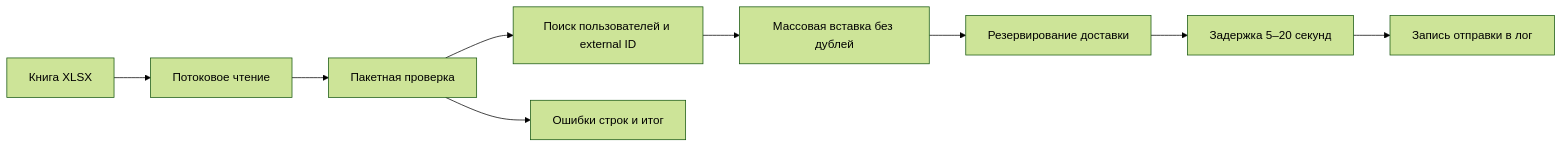
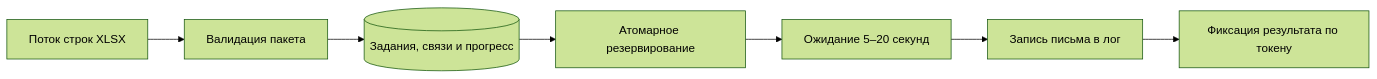
The diagram in README.ru.md (IgorNadein/django-xlsx-mail-import), drawn with Mermaid (forest theme) before and after one commit. The commit also changed other lines of this file and 24 other files, not shown here.

````diff
--- a/README.ru.md
+++ b/README.ru.md
@@ -48,11 +105,9 @@
 ```mermaid
 flowchart LR
-    XLSX[Книга XLSX] --> STREAM[Потоковое чтение]
-    STREAM --> VALIDATE[Пакетная проверка]
-    VALIDATE --> LOOKUPS[Поиск пользователей и external ID]
-    LOOKUPS --> INSERT[Массовая вставка без дублей]
-    INSERT --> CLAIM[Резервирование доставки]
-    CLAIM --> DELAY[Задержка 5–20 секунд]
-    DELAY --> LOG[Запись отправки в лог]
-    VALIDATE --> REPORT[Ошибки строк и итог]
+    XLSX[Поток строк XLSX] --> BATCH[Валидация пакета]
+    BATCH --> DB[(Задания, связи и прогресс)]
+    DB --> CLAIM[Атомарное резервирование]
+    CLAIM --> DELAY[Ожидание 5–20 секунд]
+    DELAY --> LOG[Запись письма в лог]
+    LOG --> STATE[Фиксация результата по токену]
 ```
````
